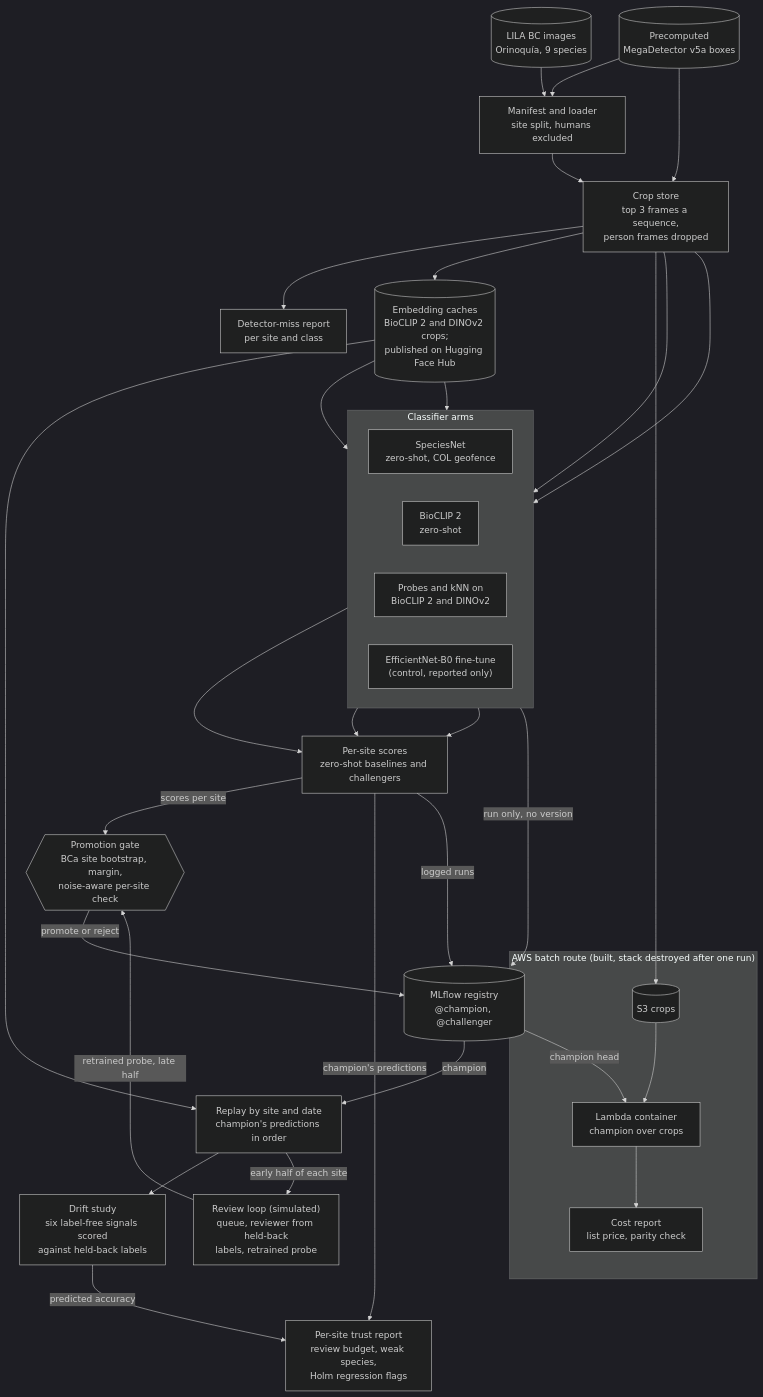
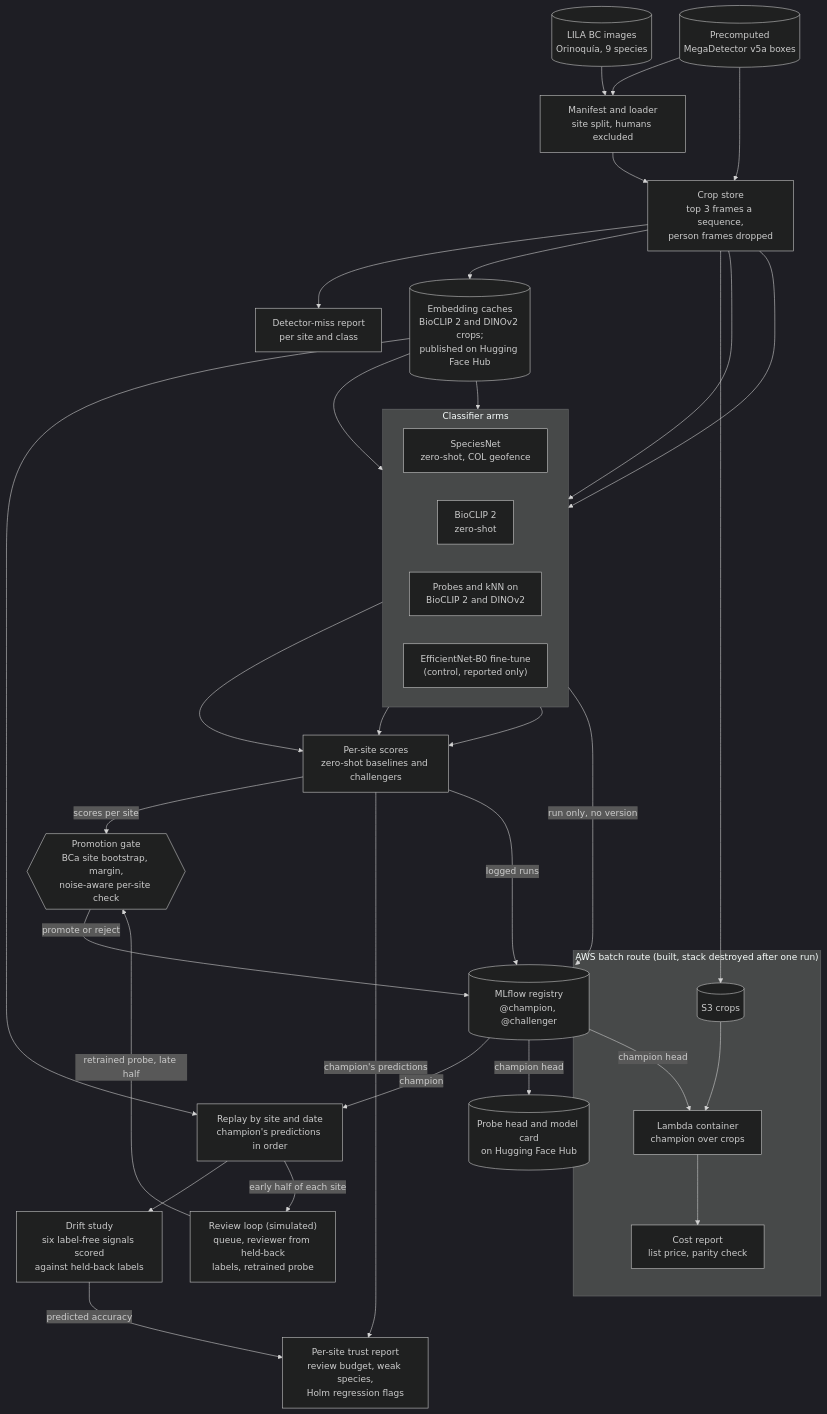
Before and after one commit to benmacp123/camera-trap-mlops: the diagram in README.md, drawn with Mermaid (dark theme). The commit also changed other lines of this file and 14 other files, not shown here.

````diff
--- a/README.md
+++ b/README.md
@@ -480,57 +99,59 @@
 ```mermaid
 flowchart TB
     lila[("LILA BC images<br>Orinoquía, 9 species")] --> manifest["Manifest and loader<br>site split, humans excluded"]
     mdv5a[("Precomputed<br>MegaDetector v5a boxes")] --> manifest
     mdv5a --> crops["Crop store<br>top 3 frames a sequence,<br>person frames dropped"]
     manifest --> crops
     crops --> misses["Detector-miss report<br>per site and class"]
     crops --> embeddings[("Embedding caches<br>BioCLIP 2 and DINOv2 crops;<br>published on Hugging Face Hub")]
 
     subgraph arms ["Classifier arms"]
         direction LR
         speciesnet["SpeciesNet<br>zero-shot, COL geofence"]
         bioclip["BioCLIP 2<br>zero-shot"]
         probe["Probes and kNN on<br>BioCLIP 2 and DINOv2"]
         cnn["EfficientNet-B0 fine-tune<br>(control, reported only)"]
     end
 
     crops --> speciesnet
     embeddings --> bioclip
     embeddings --> probe
     crops --> cnn
 
     speciesnet --> baselines["Per-site scores<br>zero-shot baselines and challengers"]
     bioclip --> baselines
     probe --> baselines
 
     gate{{"Promotion gate<br>BCa site bootstrap, margin,<br>noise-aware per-site check"}}
 
     mlflow[("MLflow registry<br>@champion, @challenger")]
 
     report["Per-site trust report<br>review budget, weak species,<br>Holm regression flags"]
 
     replay["Replay by site and date<br>champion's predictions in order"]
     drift["Drift study<br>six label-free signals scored<br>against held-back labels"]
 
     review["Review loop (simulated)<br>queue, reviewer from held-back<br>labels, retrained probe"]
 
     embeddings --> replay
     mlflow -- "champion" --> replay --> drift
     drift -- "predicted accuracy" --> report
     replay -- "early half of each site" --> review
 
     baselines -- "scores per site" --> gate
     baselines -- "champion's predictions" --> report
     baselines -- "logged runs" --> mlflow
     cnn -- "run only, no version" --> mlflow
     gate -- "promote or reject" --> mlflow
     review -- "retrained probe, late half" --> gate
 
     subgraph aws ["AWS batch route (built, stack destroyed after one run)"]
         s3[("S3 crops")] --> lambda["Lambda container<br>champion over crops"]
         lambda --> cost["Cost report<br>list price, parity check"]
     end
 
     mlflow -- "champion head" --> lambda
+    card[("Probe head and model card<br>on Hugging Face Hub")]
+    mlflow -- "champion head" --> card
     crops --> s3
 ```
````
